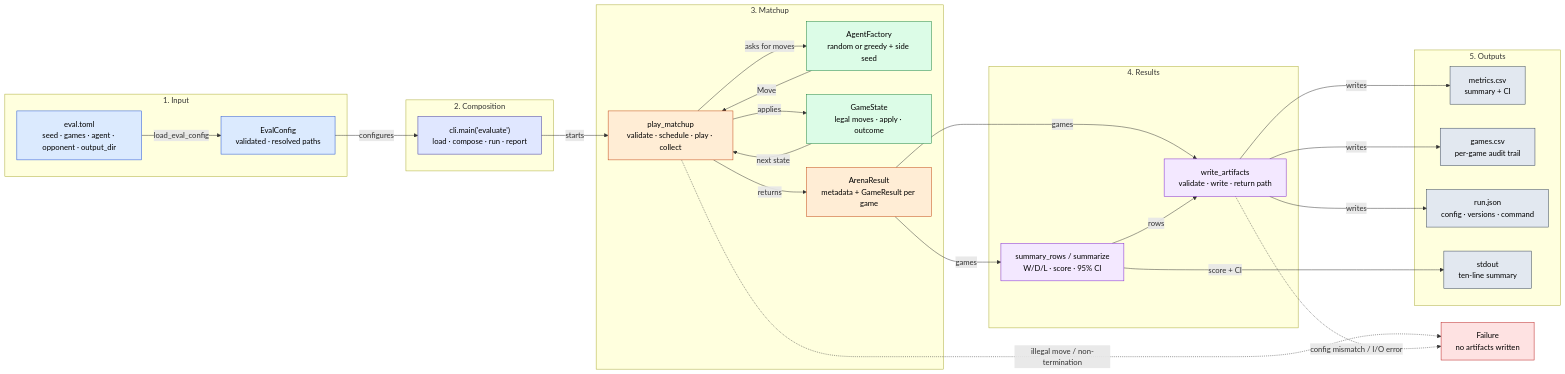
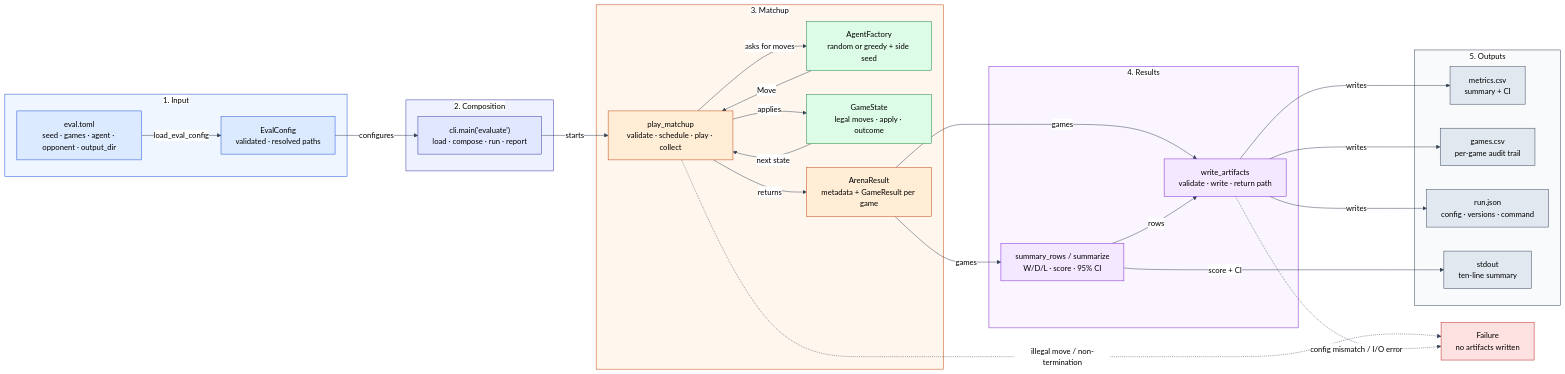
Before and after one commit to till75/RLCheckers: the first of 5 diagrams in docs/specs/0004-evaluation-arena.md, drawn with Mermaid. The commit also changed other lines of this file and 4 other files, not shown here.

First line of the commit message:
docs: force black Mermaid labels across figures

````diff
--- a/docs/specs/0004-evaluation-arena.md
+++ b/docs/specs/0004-evaluation-arena.md
@@ -25,65 +25,72 @@
 ```mermaid
+%%{init: {"theme": "base", "themeVariables": {"darkMode": false, "primaryTextColor": "#000000", "secondaryTextColor": "#000000", "tertiaryTextColor": "#000000", "textColor": "#000000", "lineColor": "#334155", "edgeLabelBackground": "#ffffff", "clusterBkg": "#f8fafc", "clusterBorder": "#94a3b8"}}}%%
 flowchart LR
-  subgraph Input["1. Input"]
+  subgraph Input["<span style='background-color:#ffffff'><span style='color:#000000'>1. Input</span></span>"]
     TOML["<span style='color:#000000;font-weight:bold'>eval.toml</span><br/><span style='color:#000000'>seed · games · agent · opponent · output_dir</span>"]
     CFG["<span style='color:#000000;font-weight:bold'>EvalConfig</span><br/><span style='color:#000000'>validated · resolved paths</span>"]
-    TOML -->|"load_eval_config"| CFG
+    TOML -->|"<span style='background-color:#ffffff'><span style='color:#000000'>load_eval_config</span></span>"| CFG
   end
 
-  subgraph Composition["2. Composition"]
+  subgraph Composition["<span style='background-color:#ffffff'><span style='color:#000000'>2. Composition</span></span>"]
     CLI["<span style='color:#000000;font-weight:bold'>cli.main('evaluate')</span><br/><span style='color:#000000'>load · compose · run · report</span>"]
-    CFG -->|"configures"| CLI
+    CFG -->|"<span style='background-color:#ffffff'><span style='color:#000000'>configures</span></span>"| CLI
   end
 
-  subgraph Matchup["3. Matchup"]
+  subgraph Matchup["<span style='background-color:#ffffff'><span style='color:#000000'>3. Matchup</span></span>"]
     ARENA["<span style='color:#000000;font-weight:bold'>play_matchup</span><br/><span style='color:#000000'>validate · schedule · play · collect</span>"]
     AGENTS["<span style='color:#000000;font-weight:bold'>AgentFactory</span><br/><span style='color:#000000'>random or greedy + side seed</span>"]
     RULES["<span style='color:#000000;font-weight:bold'>GameState</span><br/><span style='color:#000000'>legal moves · apply · outcome</span>"]
     RESULT["<span style='color:#000000;font-weight:bold'>ArenaResult</span><br/><span style='color:#000000'>metadata + GameResult per game</span>"]
-    CLI -->|"starts"| ARENA
-    ARENA -->|"asks for moves"| AGENTS
-    AGENTS -->|"Move"| ARENA
-    ARENA -->|"applies"| RULES
-    RULES -->|"next state"| ARENA
-    ARENA -->|"returns"| RESULT
+    CLI -->|"<span style='background-color:#ffffff'><span style='color:#000000'>starts</span></span>"| ARENA
+    ARENA -->|"<span style='background-color:#ffffff'><span style='color:#000000'>asks for moves</span></span>"| AGENTS
+    AGENTS -->|"<span style='background-color:#ffffff'><span style='color:#000000'>Move</span></span>"| ARENA
+    ARENA -->|"<span style='background-color:#ffffff'><span style='color:#000000'>applies</span></span>"| RULES
+    RULES -->|"<span style='background-color:#ffffff'><span style='color:#000000'>next state</span></span>"| ARENA
+    ARENA -->|"<span style='background-color:#ffffff'><span style='color:#000000'>returns</span></span>"| RESULT
   end
 
-  subgraph Results["4. Results"]
+  subgraph Results["<span style='background-color:#ffffff'><span style='color:#000000'>4. Results</span></span>"]
     METRICS["<span style='color:#000000;font-weight:bold'>summary_rows / summarize</span><br/><span style='color:#000000'>W/D/L · score · 95% CI</span>"]
     WRITE["<span style='color:#000000;font-weight:bold'>write_artifacts</span><br/><span style='color:#000000'>validate · write · return path</span>"]
-    RESULT -->|"games"| METRICS
-    RESULT -->|"games"| WRITE
-    METRICS -->|"rows"| WRITE
+    RESULT -->|"<span style='background-color:#ffffff'><span style='color:#000000'>games</span></span>"| METRICS
+    RESULT -->|"<span style='background-color:#ffffff'><span style='color:#000000'>games</span></span>"| WRITE
+    METRICS -->|"<span style='background-color:#ffffff'><span style='color:#000000'>rows</span></span>"| WRITE
   end
 
-  subgraph Outputs["5. Outputs"]
+  subgraph Outputs["<span style='background-color:#ffffff'><span style='color:#000000'>5. Outputs</span></span>"]
     M["<span style='color:#000000;font-weight:bold'>metrics.csv</span><br/><span style='color:#000000'>summary + CI</span>"]
     G["<span style='color:#000000;font-weight:bold'>games.csv</span><br/><span style='color:#000000'>per-game audit trail</span>"]
     J["<span style='color:#000000;font-weight:bold'>run.json</span><br/><span style='color:#000000'>config · versions · command</span>"]
     OUT["<span style='color:#000000;font-weight:bold'>stdout</span><br/><span style='color:#000000'>ten-line summary</span>"]
-    WRITE -->|"writes"| M
-    WRITE -->|"writes"| G
-    WRITE -->|"writes"| J
-    METRICS -->|"score + CI"| OUT
+    WRITE -->|"<span style='background-color:#ffffff'><span style='color:#000000'>writes</span></span>"| M
+    WRITE -->|"<span style='background-color:#ffffff'><span style='color:#000000'>writes</span></span>"| G
+    WRITE -->|"<span style='background-color:#ffffff'><span style='color:#000000'>writes</span></span>"| J
+    METRICS -->|"<span style='background-color:#ffffff'><span style='color:#000000'>score + CI</span></span>"| OUT
   end
 
   FAIL["<span style='color:#000000;font-weight:bold'>Failure</span><br/><span style='color:#000000'>no artifacts written</span>"]
-  ARENA -.->|"illegal move / non-termination"| FAIL
-  WRITE -.->|"config mismatch / I/O error"| FAIL
+  ARENA -.->|"<span style='background-color:#ffffff'><span style='color:#000000'>illegal move / non-termination</span></span>"| FAIL
+  WRITE -.->|"<span style='background-color:#ffffff'><span style='color:#000000'>config mismatch / I/O error</span></span>"| FAIL
+
+  style Input fill:#eff6ff,stroke:#1d4ed8
+  style Composition fill:#eef2ff,stroke:#3730a3
+  style Matchup fill:#fff7ed,stroke:#c2410c
+  style Results fill:#faf5ff,stroke:#7e22ce
+  style Outputs fill:#f8fafc,stroke:#334155
 
   classDef input fill:#dbeafe,stroke:#1d4ed8,color:#000000
   classDef compose fill:#e0e7ff,stroke:#3730a3,color:#000000
   classDef arena fill:#ffedd5,stroke:#c2410c,color:#000000
   classDef rules fill:#dcfce7,stroke:#15803d,color:#000000
   classDef result fill:#f3e8ff,stroke:#7e22ce,color:#000000
   classDef output fill:#e2e8f0,stroke:#334155,color:#000000
   classDef fail fill:#fee2e2,stroke:#b91c1c,color:#000000
 
   class TOML,CFG input
   class CLI compose
   class ARENA,RESULT arena
   class AGENTS,RULES rules
   class METRICS,WRITE result
   class M,G,J,OUT output
   class FAIL fail
 ```
````
